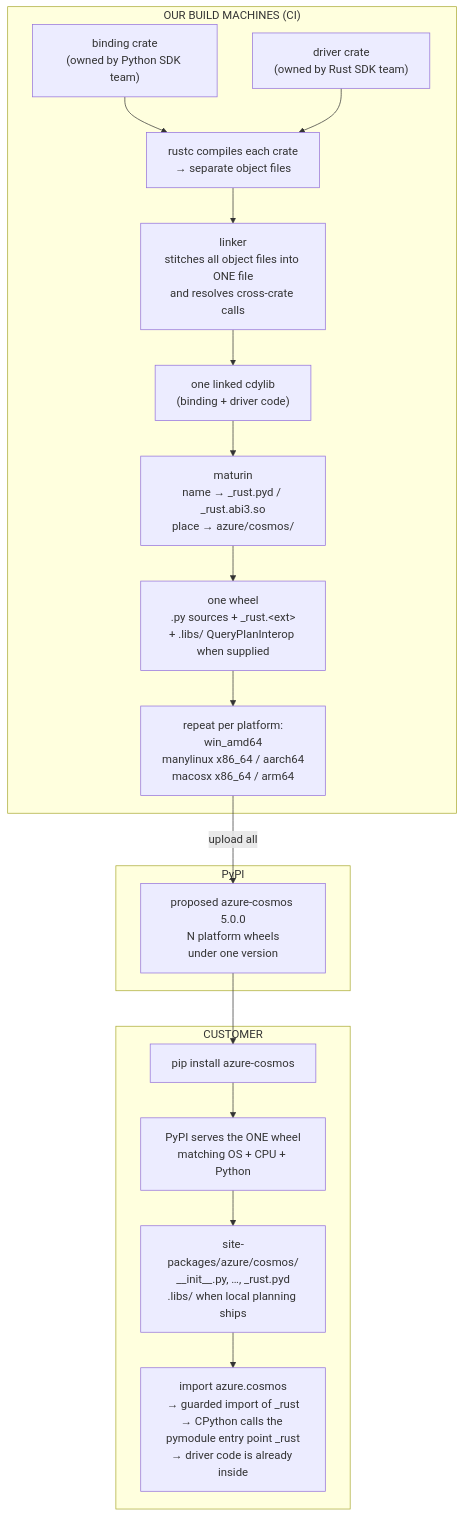
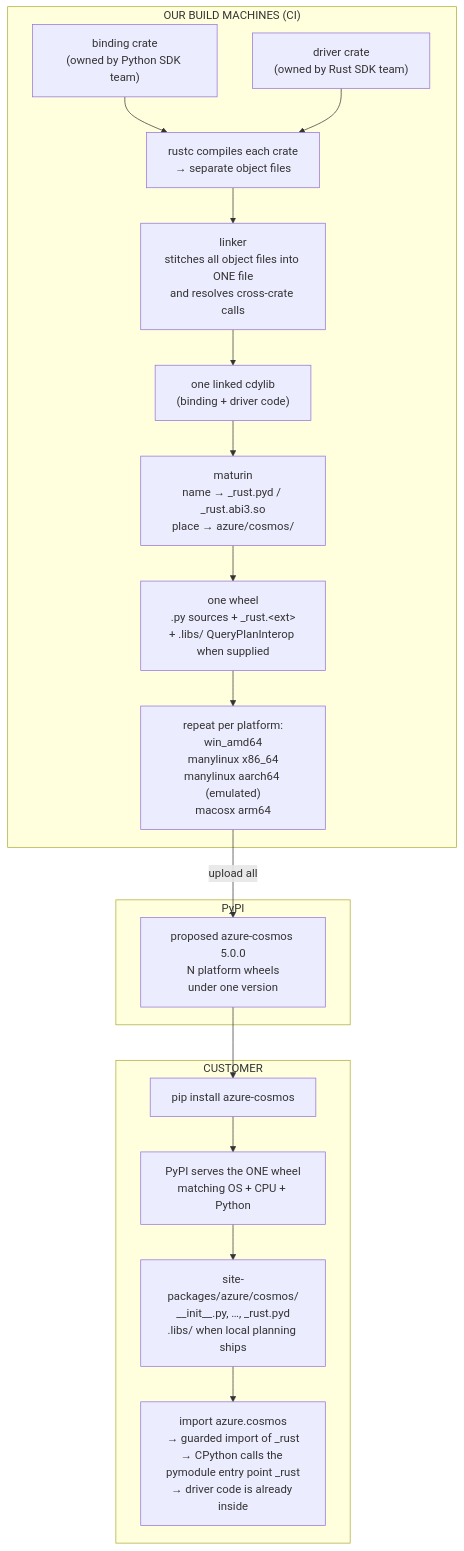
The second of 2 diagrams in sdk/cosmos/azure-cosmos/docs/build_and_release.md (Azure/azure-sdk-for-python), drawn with Mermaid before and after one commit. The commit also changed other lines of this file, not shown here.

````diff
--- a/sdk/cosmos/azure-cosmos/docs/build_and_release.md
+++ b/sdk/cosmos/azure-cosmos/docs/build_and_release.md
@@ -1302,31 +1621,31 @@
 ```mermaid
 flowchart TD
     subgraph CI["OUR BUILD MACHINES (CI)"]
         B["binding crate<br/>(owned by Python SDK team)"]
         D["driver crate<br/>(owned by Rust SDK team)"]
         C["rustc compiles each crate<br/>→ separate object files"]
         LK["linker<br/>stitches all object files into ONE file<br/>and resolves cross-crate calls"]
         L["one linked cdylib<br/>(binding + driver code)"]
         M["maturin<br/>name → _rust.pyd / _rust.abi3.so<br/>place → azure/cosmos/"]
         W["one wheel<br/>.py sources + _rust.&lt;ext&gt;<br/>+ .libs/ QueryPlanInterop when supplied"]
-        MX["repeat per platform:<br/>win_amd64<br/>manylinux x86_64 / aarch64<br/>macosx x86_64 / arm64"]
+        MX["repeat per platform:<br/>win_amd64<br/>manylinux x86_64<br/>manylinux aarch64 (emulated)<br/>macosx arm64"]
         B --> C
         D --> C
         C --> LK --> L --> M --> W --> MX
     end
 
     subgraph PYPI["PyPI"]
         P["proposed azure-cosmos 5.0.0<br/>N platform wheels<br/>under one version"]
     end
 
     subgraph CUST["CUSTOMER"]
         PI["pip install azure-cosmos"]
         SEL["PyPI serves the ONE wheel<br/>matching OS + CPU + Python"]
         SP["site-packages/azure/cosmos/<br/>__init__.py, …, _rust.pyd<br/>.libs/ when local planning ships"]
         IMP["import azure.cosmos<br/>→ guarded import of _rust<br/>→ CPython calls the pymodule entry point _rust<br/>→ driver code is already inside"]
         PI --> SEL --> SP --> IMP
     end
 
     MX -- "upload all" --> P
     P --> PI
 ```
````
